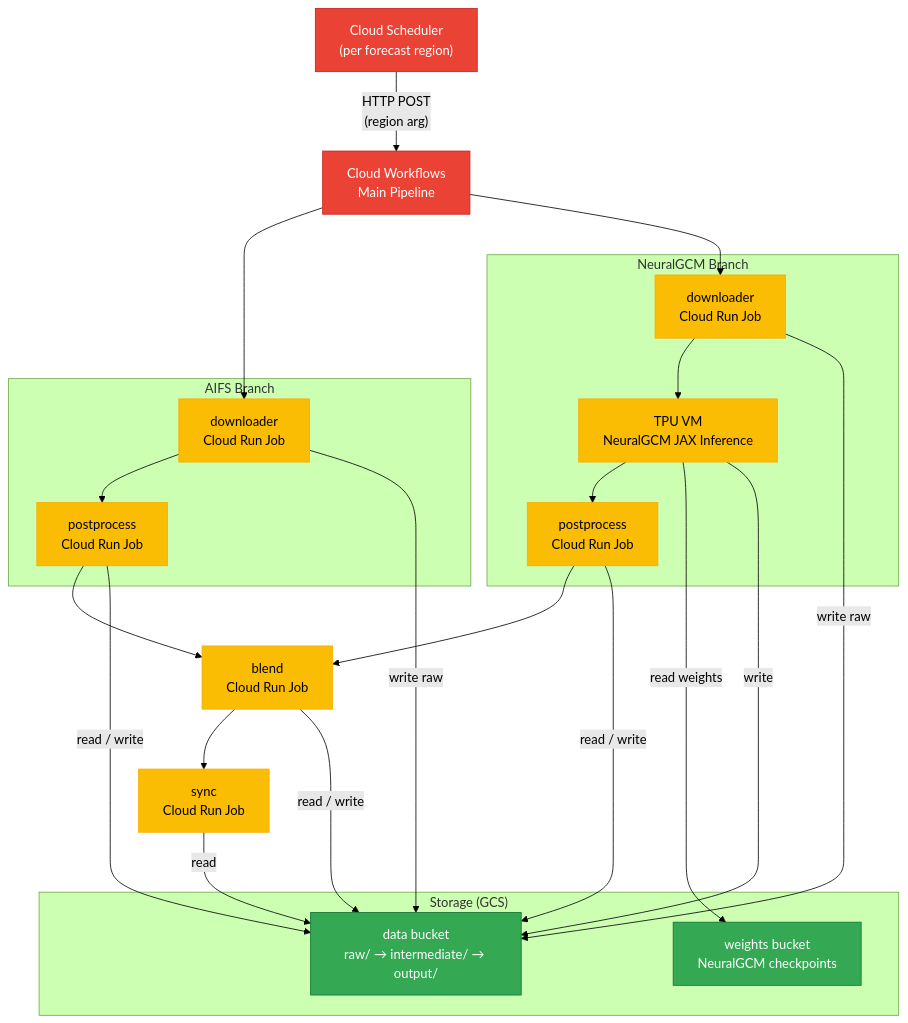
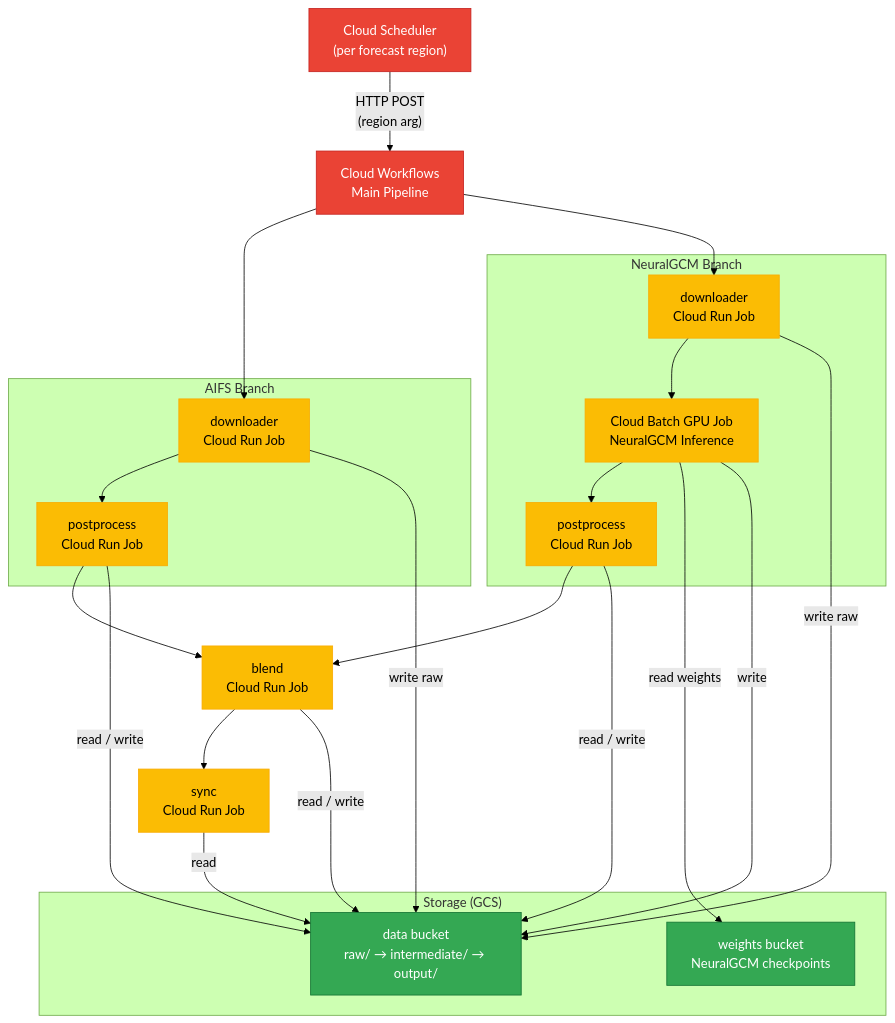
Before and after one commit to envfluids/monsoon-onset: the diagram in CLOUD_ARCHITECTURE.md, drawn with Mermaid (forest theme). The commit also changed 20 other files, not shown here.

Commit message:
Enhance compute module with IC checker service and GPU configuration

````diff
--- a/CLOUD_ARCHITECTURE.md
+++ b/CLOUD_ARCHITECTURE.md
@@ -5,57 +5,57 @@
 ```mermaid
 graph TD
     Sched["Cloud Scheduler\n(per forecast region)"]
     Workflow["Cloud Workflows\nMain Pipeline"]
 
     subgraph "AIFS Branch"
         AIFSDownload["downloader\nCloud Run Job"]
         AIFSPostprocess["postprocess\nCloud Run Job"]
     end
 
     subgraph "NeuralGCM Branch"
         NGCMDownload["downloader\nCloud Run Job"]
-        TPU["TPU VM\nNeuralGCM JAX Inference"]
+        NGCMBatch["Cloud Batch GPU Job\nNeuralGCM Inference"]
         NGCMPostprocess["postprocess\nCloud Run Job"]
     end
 
     Blend["blend\nCloud Run Job"]
     Sync["sync\nCloud Run Job"]
 
     subgraph "Storage (GCS)"
         MainBucket["data bucket\nraw/ → intermediate/ → output/"]
         WeightsBucket["weights bucket\nNeuralGCM checkpoints"]
     end
 
     %% Orchestration
     Sched -- "HTTP POST\n(region arg)" --> Workflow
     Workflow --> AIFSDownload
     Workflow --> NGCMDownload
 
     %% AIFS branch
     AIFSDownload --> AIFSPostprocess
 
     %% NeuralGCM branch
-    NGCMDownload --> TPU
-    TPU --> NGCMPostprocess
+    NGCMDownload --> NGCMBatch
+    NGCMBatch --> NGCMPostprocess
 
     %% Converge
     AIFSPostprocess --> Blend
     NGCMPostprocess --> Blend
     Blend --> Sync
 
     %% Data flow
     AIFSDownload & NGCMDownload -- "write raw" --> MainBucket
-    TPU -- "read weights" --> WeightsBucket
-    TPU -- "write" --> MainBucket
+    NGCMBatch -- "read weights" --> WeightsBucket
+    NGCMBatch -- "write" --> MainBucket
     AIFSPostprocess & NGCMPostprocess -- "read / write" --> MainBucket
     Blend -- "read / write" --> MainBucket
     Sync -- "read" --> MainBucket
 
 classDef storage fill:#34a853,color:#fff,stroke:#137333
 classDef compute fill:#fbbc04,color:#000,stroke:#f9ab00
 classDef orchestration fill:#ea4335,color:#fff,stroke:#c5221f
 
 class Sched,Workflow orchestration
-class AIFSDownload,AIFSPostprocess,NGCMDownload,TPU,NGCMPostprocess,Blend,Sync compute
+class AIFSDownload,AIFSPostprocess,NGCMDownload,NGCMBatch,NGCMPostprocess,Blend,Sync compute
 class MainBucket,WeightsBucket storage
 ```
````
